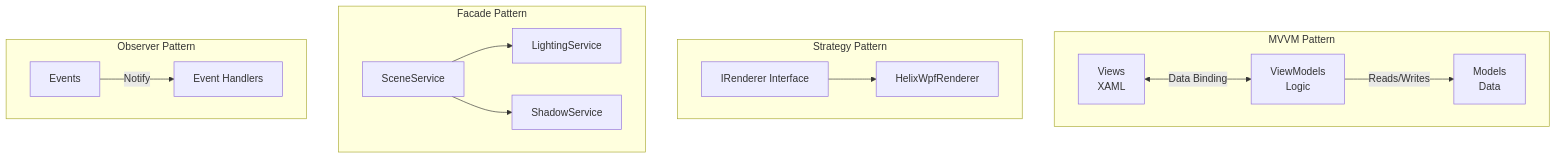
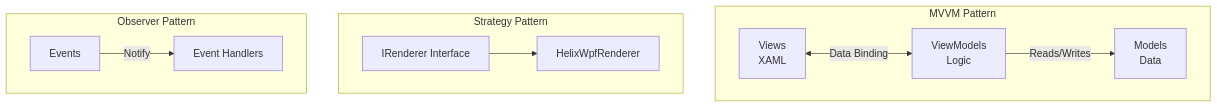
One commit to svgorkom/3DObjectViewer changed the second of 4 diagrams in 3DObjectViewer/README.md. Above: the diagram before and after it, drawn with Mermaid. The commit also changed other lines of this file and 16 other files, not shown here.

````diff
--- a/3DObjectViewer/README.md
+++ b/3DObjectViewer/README.md
@@ -75,30 +70,22 @@
 ```mermaid
 flowchart TB
     subgraph MVVM["MVVM Pattern"]
         View[Views<br/>XAML]
         ViewModel[ViewModels<br/>Logic]
         Model[Models<br/>Data]
         View <-->|Data Binding| ViewModel
         ViewModel -->|Reads/Writes| Model
     end
     
     subgraph Strategy["Strategy Pattern"]
         IR[IRenderer Interface]
         Helix[HelixWpfRenderer]
         IR --> Helix
     end
     
-    subgraph Facade["Facade Pattern"]
-        SS[SceneService]
-        LS[LightingService]
-        ShadowS[ShadowService]
-        SS --> LS
-        SS --> ShadowS
-    end
-    
     subgraph Observer["Observer Pattern"]
         Events[Events]
         Handlers[Event Handlers]
         Events -->|Notify| Handlers
     end
 ```
````
